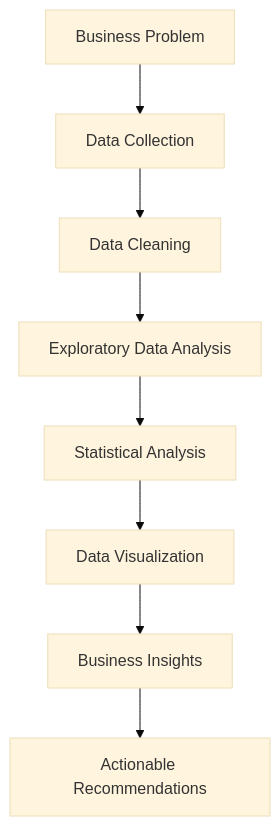
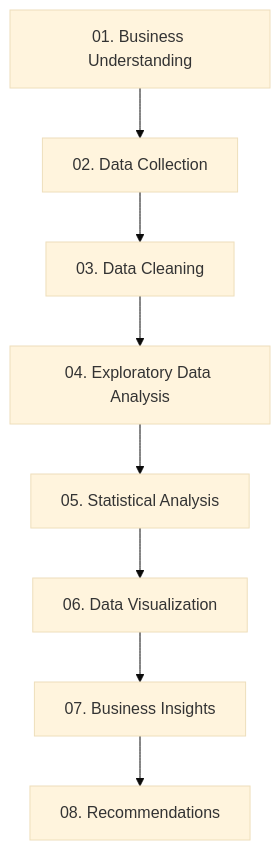
Before and after one commit to SommayDewat/SommayDewat: the second of 2 diagrams in README.md, drawn with Mermaid (base theme). The commit also changed other lines of this file, not shown here.

````diff
--- a/README.md
+++ b/README.md
@@ -81,10 +120,10 @@
 ```mermaid
 flowchart TD
-    A["Business Problem"] --> B["Data Collection"]
-    B --> C["Data Cleaning"]
-    C --> D["Exploratory Data Analysis"]
-    D --> E["Statistical Analysis"]
-    E --> F["Data Visualization"]
-    F --> G["Business Insights"]
-    G --> H["Actionable Recommendations"]
+    A["01. Business Understanding"] --> B["02. Data Collection"]
+    B --> C["03. Data Cleaning"]
+    C --> D["04. Exploratory Data Analysis"]
+    D --> E["05. Statistical Analysis"]
+    E --> F["06. Data Visualization"]
+    F --> G["07. Business Insights"]
+    G --> H["08. Recommendations"]
 ```
````
